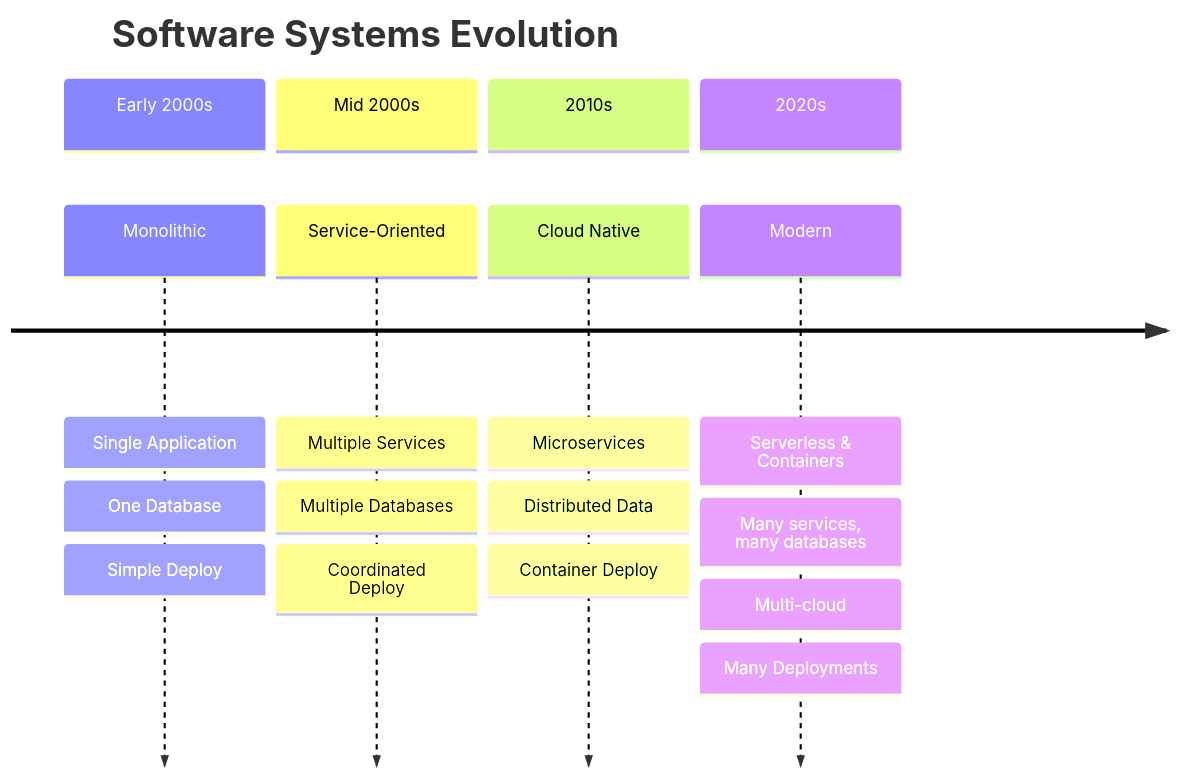
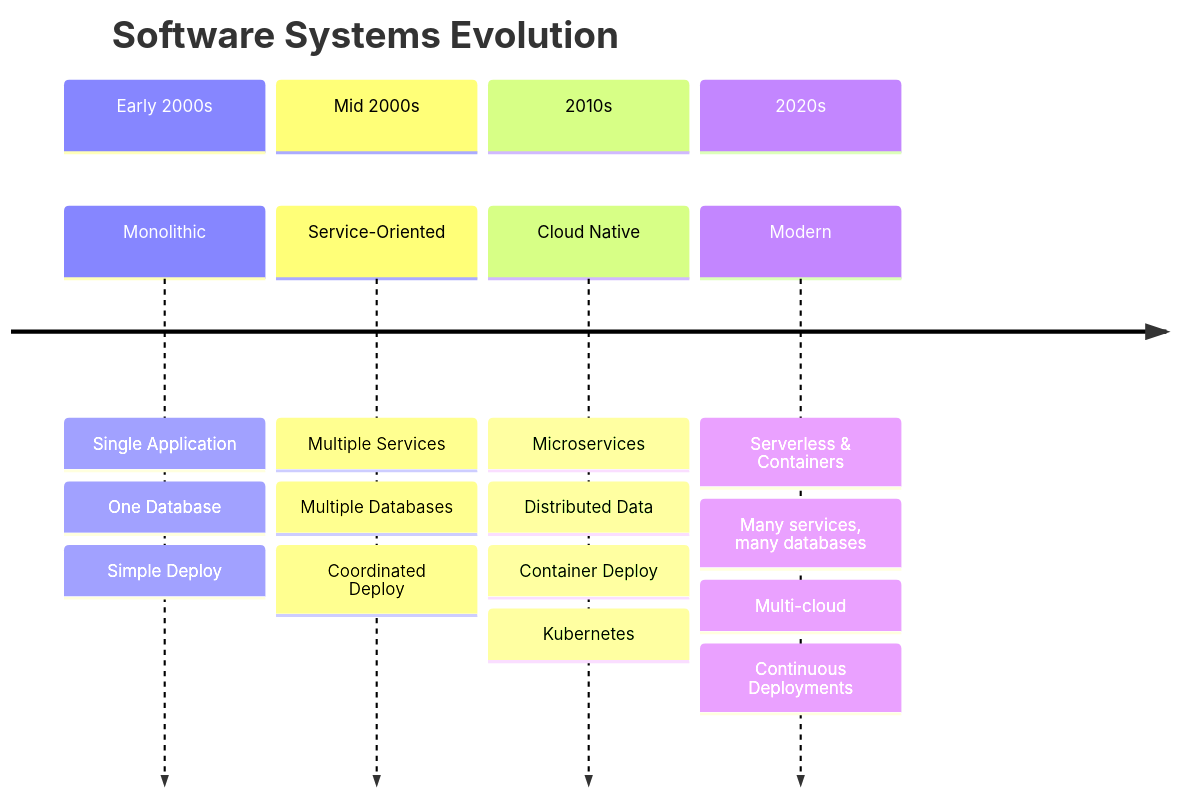
Before and after one commit to voioo/iac-pulumi-seminar: the second of 2 diagrams in pages/section-1.md, drawn with Mermaid. The commit also changed other lines of this file and 6 other files, not shown here.

````diff
--- a/pages/section-1.md
+++ b/pages/section-1.md
@@ -127,21 +125,22 @@
 ```mermaid
 timeline
     title Software Systems Evolution
     section Early 2000s
         Monolithic : Single Application
         : One Database
         : Simple Deploy
     section Mid 2000s
         Service-Oriented : Multiple Services
         : Multiple Databases
         : Coordinated Deploy
     section 2010s
         Cloud Native : Microservices
         : Distributed Data
         : Container Deploy
+        : Kubernetes
     section 2020s
         Modern : Serverless & Containers
         : Many services, many databases
         : Multi-cloud
-        : Many Deployments
+        : Continuous Deployments
 ```
````
